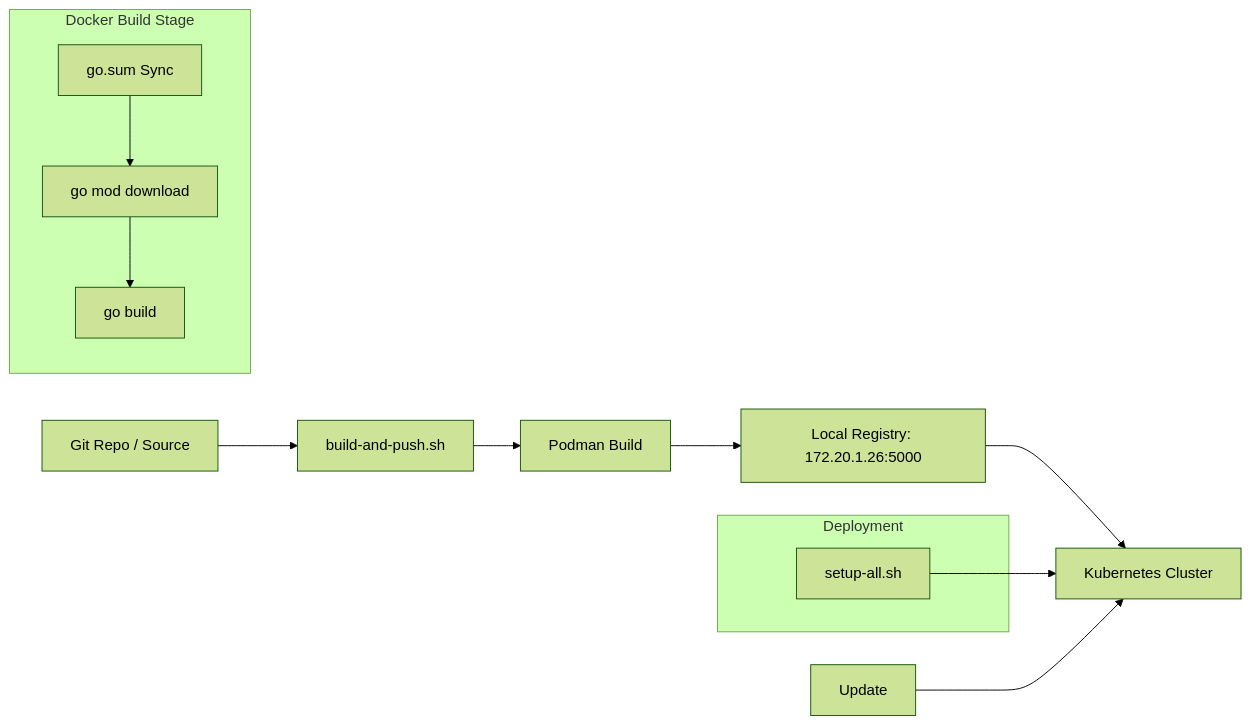
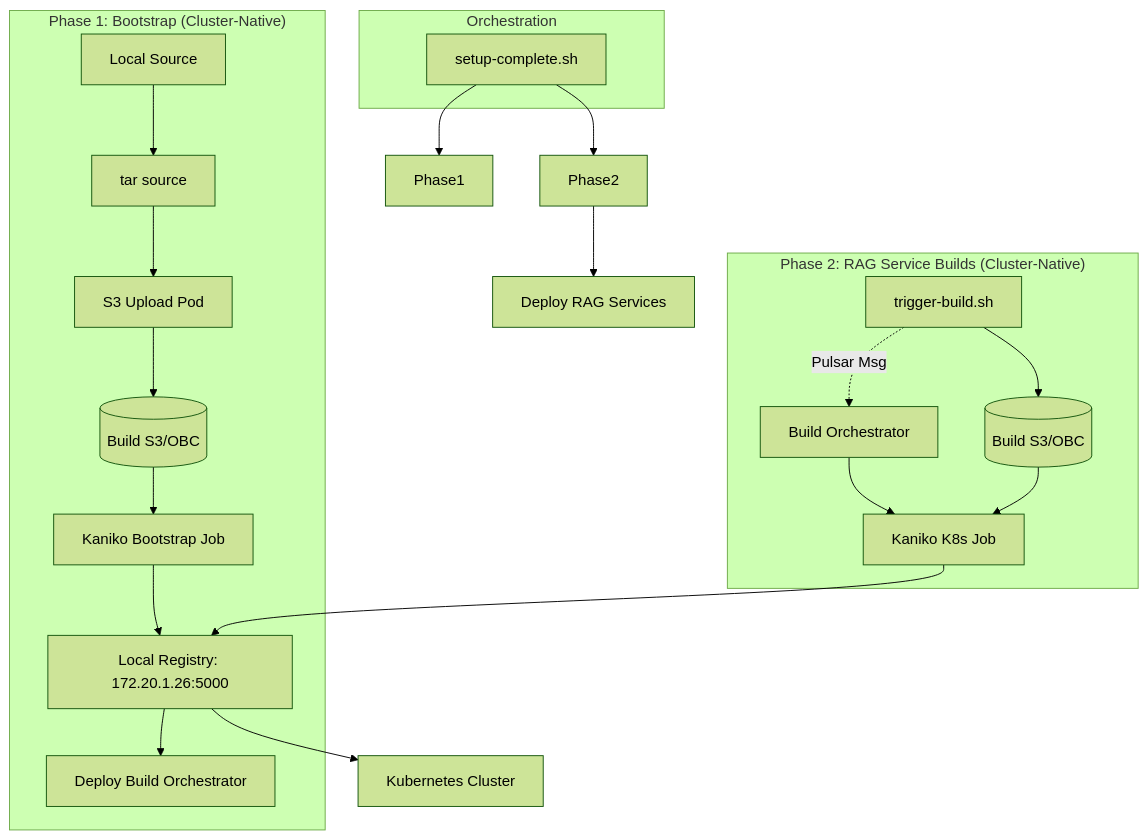
Before and after one commit to coppergate/RAG-CRD-BUILD: the second of 2 diagrams in RAG Stack Architecture.md, drawn with Mermaid (forest theme). The commit also changed other lines of this file and 122 other files, not shown here.

````diff
--- a/RAG Stack Architecture.md
+++ b/RAG Stack Architecture.md
@@ -97,20 +123,29 @@
 ```mermaid
-flowchart LR
-    Repo[Git Repo / Source] --> BuildScript[build-and-push.sh]
-    BuildScript --> Podman[Podman Build]
-    
-    subgraph "Docker Build Stage"
-        GoSum[go.sum Sync] --> GoMod[go mod download]
-        GoMod --> Build[go build]
+flowchart TD
+    subgraph "Phase 1: Bootstrap (Cluster-Native)"
+        Repo[Local Source] --> Pack[tar source]
+        Pack --> Upload[S3 Upload Pod]
+        Upload --> S3[(Build S3/OBC)]
+        S3 --> BootstrapJob[Kaniko Bootstrap Job]
+        BootstrapJob --> Registry[Local Registry: 172.20.1.26:5000]
+        Registry --> OrchDeploy[Deploy Build Orchestrator]
     end
 
-    Podman --> Registry[Local Registry: 172.20.1.26:5000]
+    subgraph "Phase 2: RAG Service Builds (Cluster-Native)"
+        Trigger[trigger-build.sh] --> S3_2[(Build S3/OBC)]
+        Trigger -.->|Pulsar Msg| Orch[Build Orchestrator]
+        Orch --> Kaniko[Kaniko K8s Job]
+        S3_2 --> Kaniko
+        Kaniko --> Registry
+    end
+
     Registry --> K8s[Kubernetes Cluster]
     
-    subgraph "Deployment"
-        Setup[setup-all.sh]
+    subgraph "Orchestration"
+        Setup[setup-complete.sh]
     end
     
-    Setup --> K8s
-    Update --> K8s
+    Setup --> Phase1
+    Setup --> Phase2
+    Phase2 --> Deploy[Deploy RAG Services]
 ```
````
